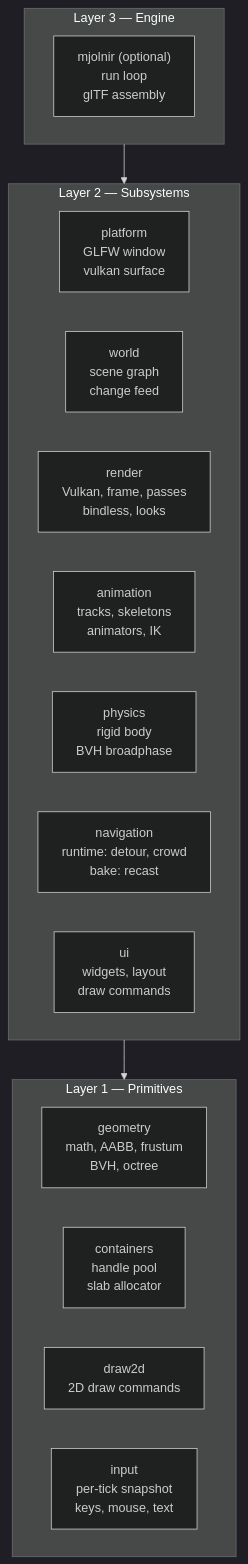
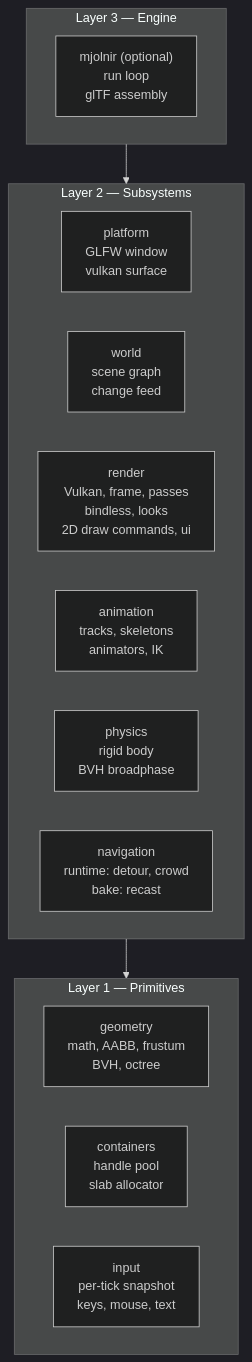
The diagram in docs/architecture.md (hucancode/mjolnir), drawn with Mermaid (dark theme) before and after one commit. The commit also changed 22 other files, not shown here.

````diff
--- a/docs/architecture.md
+++ b/docs/architecture.md
@@ -32,28 +32,26 @@
 ```mermaid
 flowchart TB
   subgraph L3["Layer 3 — Engine"]
     engine["mjolnir (optional)<br/>run loop<br/>glTF assembly"]
   end
 
   subgraph L2["Layer 2 — Subsystems"]
     direction LR
     platform["platform<br/>GLFW window<br/>vulkan surface"]
     world["world<br/>scene graph<br/>change feed"]
-    render["render<br/>Vulkan, frame, passes<br/>bindless, looks"]
+    render["render<br/>Vulkan, frame, passes<br/>bindless, looks<br/>2D draw commands, ui"]
     animation["animation<br/>tracks, skeletons<br/>animators, IK"]
     physics["physics<br/>rigid body<br/>BVH broadphase"]
     nav["navigation<br/>runtime: detour, crowd<br/>bake: recast"]
-    ui["ui<br/>widgets, layout<br/>draw commands"]
   end
 
   subgraph L1["Layer 1 — Primitives"]
     direction LR
     geometry["geometry<br/>math, AABB, frustum<br/>BVH, octree"]
     containers["containers<br/>handle pool<br/>slab allocator"]
-    draw2d["draw2d<br/>2D draw commands"]
     input["input<br/>per-tick snapshot<br/>keys, mouse, text"]
   end
 
   L3 --> L2
   L2 --> L1
 ```
````
